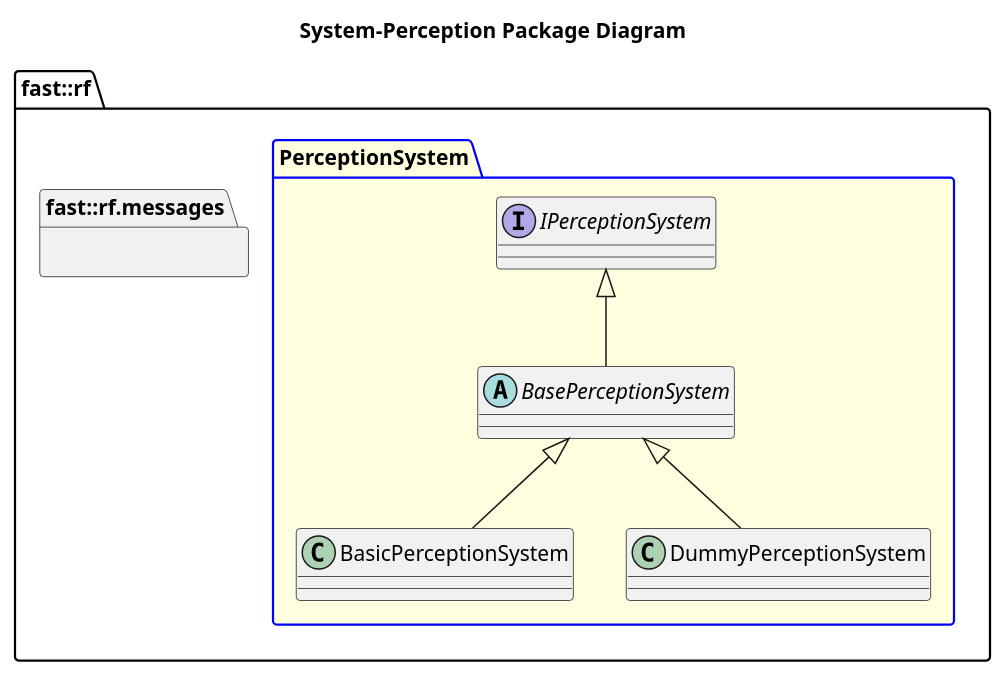
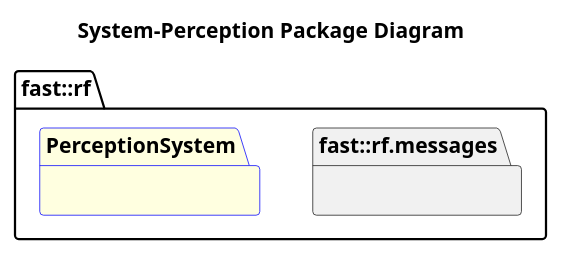
The diagram in Systems/Perception/doc/puml/SystemPerceptionPackageDiagram.puml (fastrobotics/robot_framework), drawn with PlantUML before and after one commit. The commit also changed other lines of this file and 11 other files, not shown here.

```diff
--- a/Systems/Perception/doc/puml/SystemPerceptionPackageDiagram.puml
+++ b/Systems/Perception/doc/puml/SystemPerceptionPackageDiagram.puml
@@ -1,21 +2,9 @@
 @startuml
 title System-Perception Package Diagram
 
 namespace fast::rf {
   namespace messages  {}
   package PerceptionSystem #LightYellow;line:blue {
-    interface IPerceptionSystem {
-    }
-    abstract BasePerceptionSystem {
-    }
-    IPerceptionSystem <|-- BasePerceptionSystem
-    class BasicPerceptionSystem {
-
-    }
-    BasePerceptionSystem <|-- BasicPerceptionSystem
-    class DummyPerceptionSystem  {
-    }
-    BasePerceptionSystem <|-- DummyPerceptionSystem
   }
 }
 @enduml
```
